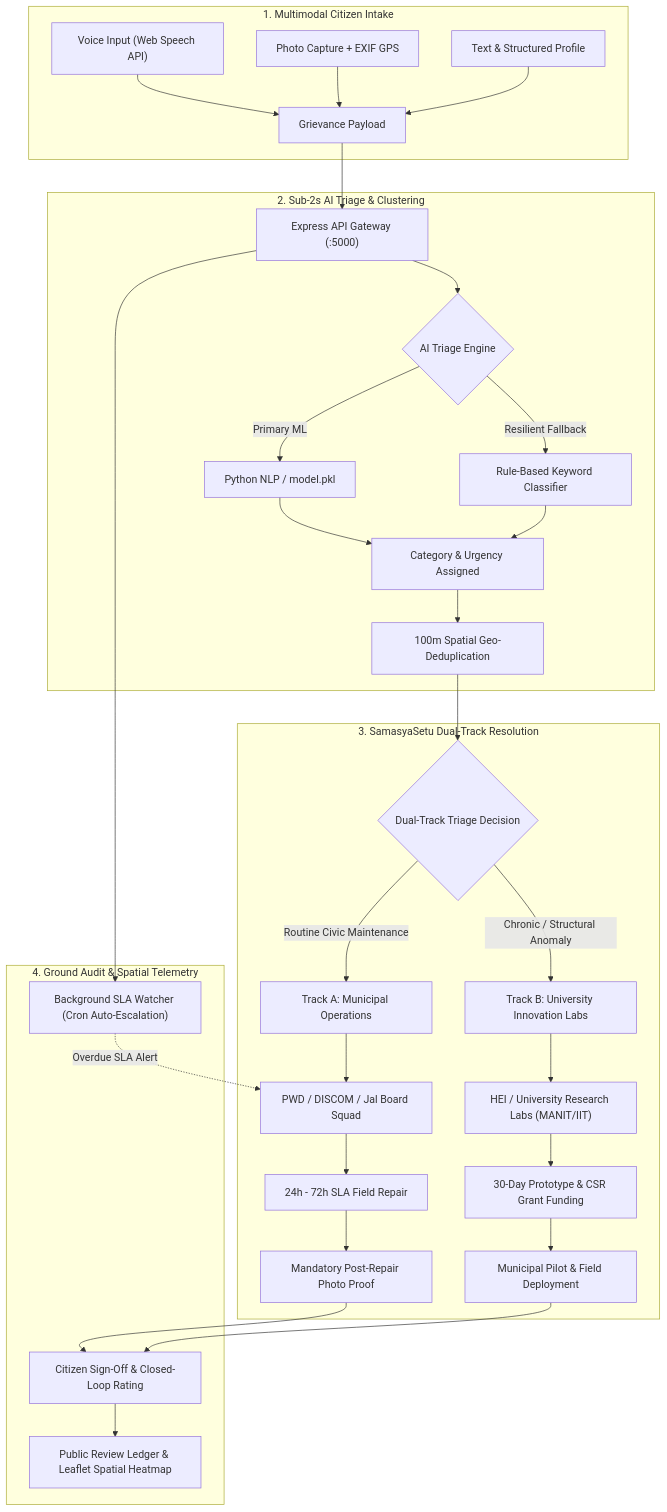
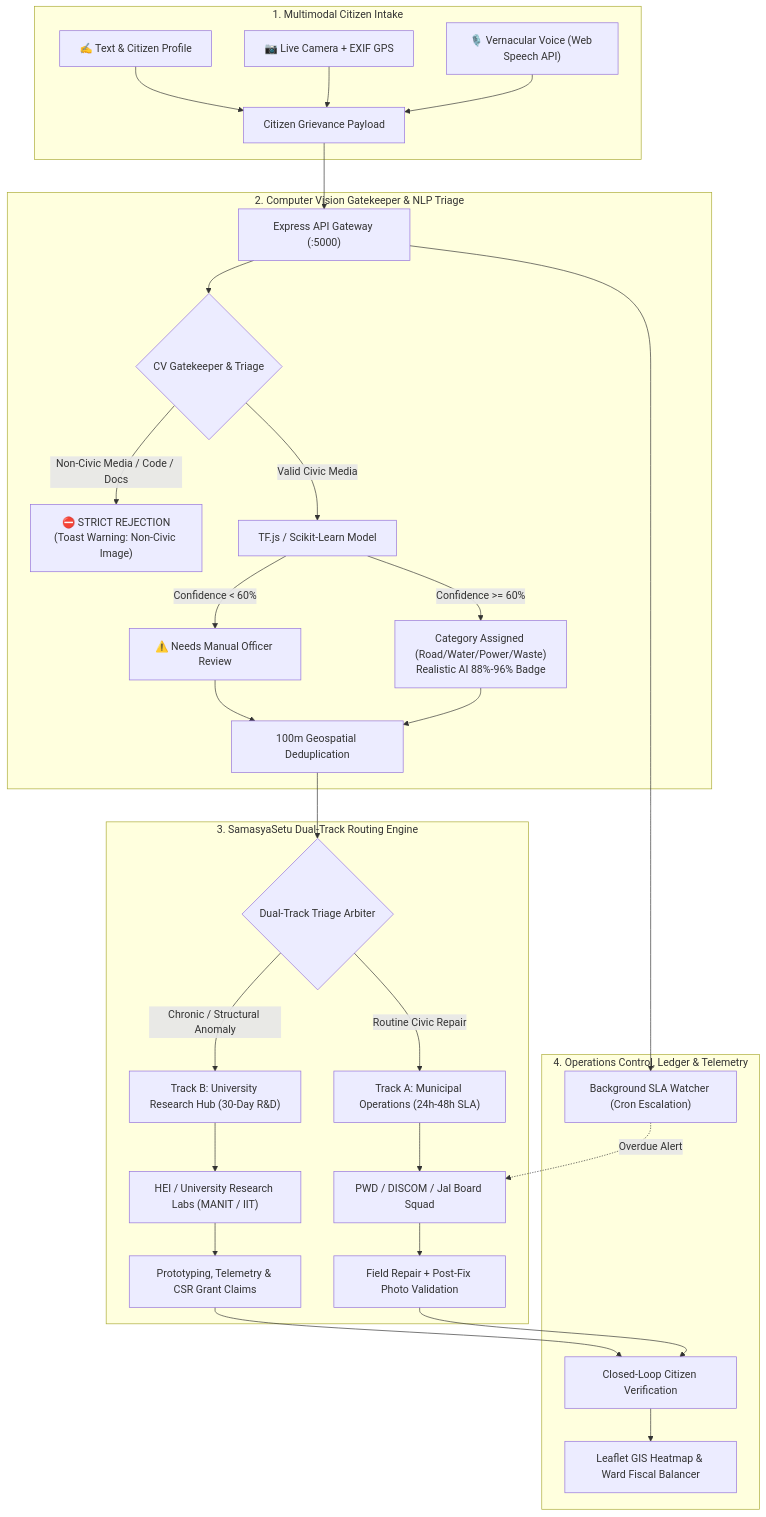
Before and after one commit to sanskar923/Jan-Seva-AI: the diagram in README.md, drawn with Mermaid. The commit also changed other lines of this file and 32 other files, not shown here.

Commit message:
feat: complete production release of Jan Seva AI with dual-track architecture, tabbed operations, and updated README

````diff
--- a/README.md
+++ b/README.md
@@ -45,40 +65,39 @@
 ```mermaid
 flowchart TD
     subgraph INTAKE["1. Multimodal Citizen Intake"]
-        A1["Voice Input (Web Speech API)"] --> A["Grievance Payload"]
-        A2["Photo Capture + EXIF GPS"] --> A
-        A3["Text & Structured Profile"] --> A
+        A1["🎙️ Vernacular Voice (Web Speech API)"] --> A["Citizen Grievance Payload"]
+        A2["📷 Live Camera + EXIF GPS"] --> A
+        A3["✍️ Text & Citizen Profile"] --> A
     end
 
-    subgraph TRIAGE["2. Sub-2s AI Triage & Clustering"]
+    subgraph GATEKEEPER["2. Computer Vision Gatekeeper & NLP Triage"]
         A --> B["Express API Gateway (:5000)"]
-        B --> C{"AI Triage Engine"}
-        C -->|Primary ML| D["Python NLP / model.pkl"]
-        C -->|Resilient Fallback| E["Rule-Based Keyword Classifier"]
-        D --> F["Category & Urgency Assigned"]
-        E --> F
-        F --> G["100m Spatial Geo-Deduplication"]
+        B --> C{"CV Gatekeeper & Triage"}
+        C -->|Non-Civic Media / Code / Docs| R["⛔ STRICT REJECTION\n(Toast Warning: Non-Civic Image)"]
+        C -->|Valid Civic Media| D["TF.js / Scikit-Learn Model"]
+        D -->|Confidence >= 60%| E["Category Assigned (Road/Water/Power/Waste)\nRealistic AI 88%-96% Badge"]
+        D -->|Confidence < 60%| F["⚠️ Needs Manual Officer Review"]
+        E --> G["100m Geospatial Deduplication"]
+        F --> G
     end
 
-    subgraph ROUTING["3. SamasyaSetu Dual-Track Resolution"]
-        G --> H{"Dual-Track Triage Decision"}
-        H -->|Routine Civic Maintenance| I["Track A: Municipal Operations"]
-        H -->|Chronic / Structural Anomaly| J["Track B: University Innovation Labs"]
+    subgraph SAMASYASETU["3. SamasyaSetu Dual-Track Routing Engine"]
+        G --> H{"Dual-Track Triage Arbiter"}
+        H -->|Routine Civic Repair| I["Track A: Municipal Operations (24h-48h SLA)"]
+        H -->|Chronic / Structural Anomaly| J["Track B: University Research Hub (30-Day R&D)"]
         
         I --> I1["PWD / DISCOM / Jal Board Squad"]
-        I1 --> I2["24h - 72h SLA Field Repair"]
-        I2 --> I3["Mandatory Post-Repair Photo Proof"]
+        I1 --> I2["Field Repair + Post-Fix Photo Validation"]
         
-        J --> J1["HEI / University Research Labs (MANIT/IIT)"]
-        J1 --> J2["30-Day Prototype & CSR Grant Funding"]
-        J2 --> J3["Municipal Pilot & Field Deployment"]
+        J --> J1["HEI / University Research Labs (MANIT / IIT)"]
+        J1 --> J2["Prototyping, Telemetry & CSR Grant Claims"]
     end
 
-    subgraph VERIFICATION["4. Ground Audit & Spatial Telemetry"]
-        I3 --> K["Citizen Sign-Off & Closed-Loop Rating"]
-        J3 --> K
-        K --> L["Public Review Ledger & Leaflet Spatial Heatmap"]
-        B --> M["Background SLA Watcher (Cron Auto-Escalation)"]
-        M -.->|Overdue SLA Alert| I1
+    subgraph TELEMETRY["4. Operations Control, Ledger & Telemetry"]
+        I2 --> K["Closed-Loop Citizen Verification"]
+        J2 --> K
+        K --> L["Leaflet GIS Heatmap & Ward Fiscal Balancer"]
+        B --> M["Background SLA Watcher (Cron Escalation)"]
+        M -.->|Overdue Alert| I1
     end
 ```
````
